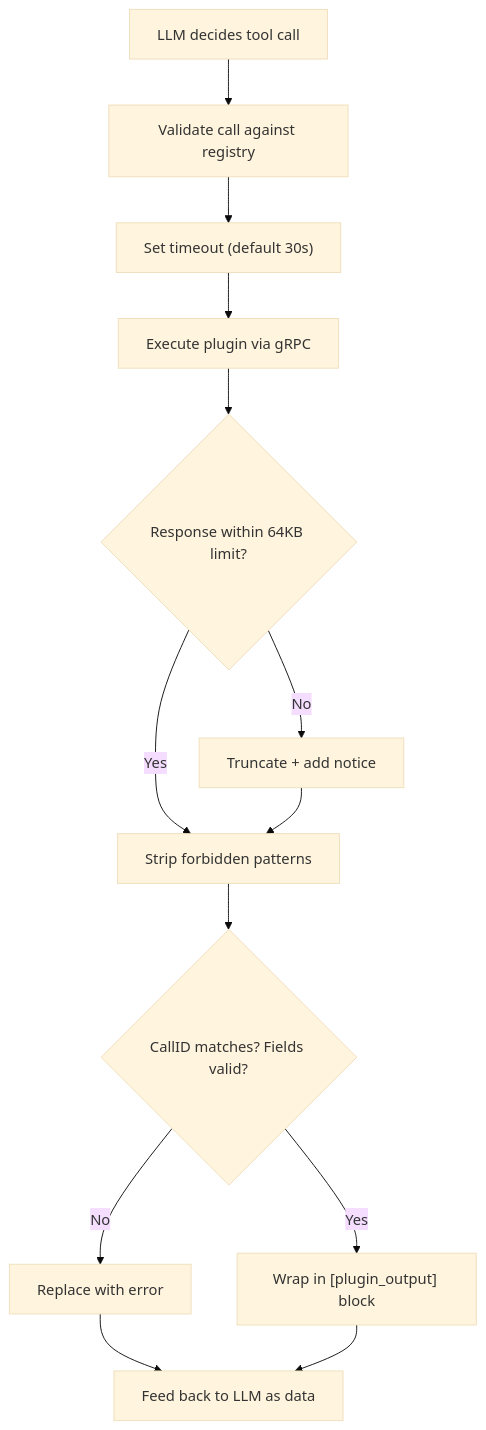
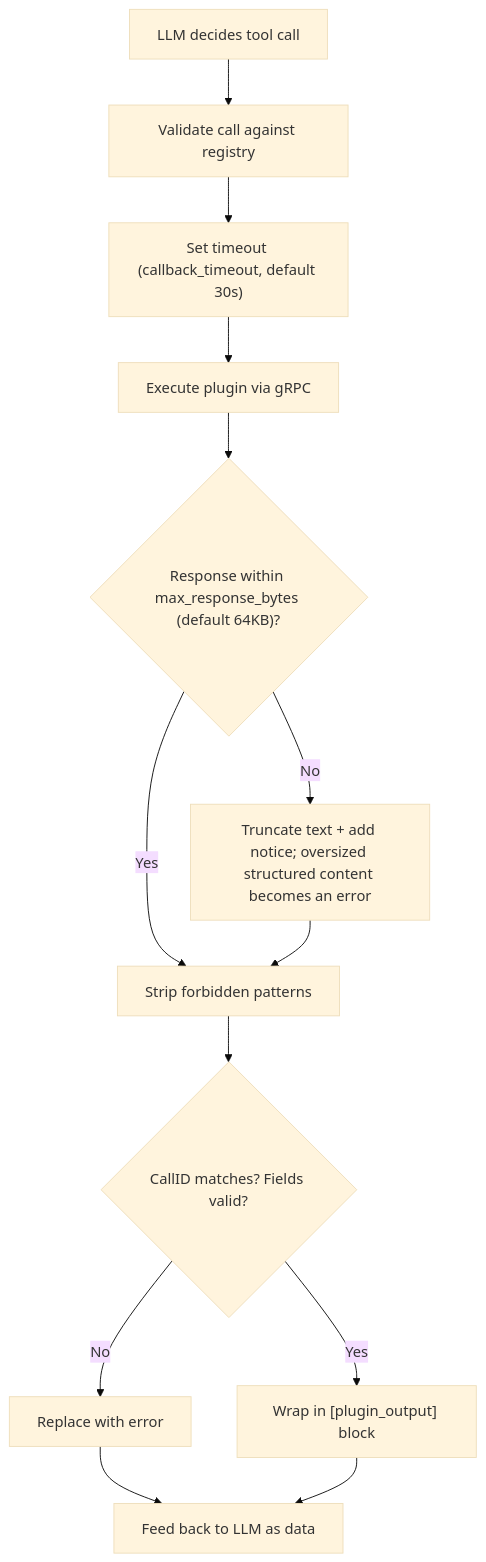
The diagram in docs/security-guardrails.md (opentalon/opentalon), drawn with Mermaid (base theme) before and after one commit. The commit also changed 13 other files, not shown here.

Commit message:
Add callback deadlines, callback send mutex, subprocess metering and structured size errors

````diff
--- a/docs/security-guardrails.md
+++ b/docs/security-guardrails.md
@@ -9,15 +9,15 @@
 ```mermaid
 flowchart TD
     LLM[LLM decides tool call] --> Validate[Validate call against registry]
-    Validate --> Timeout["Set timeout (default 30s)"]
+    Validate --> Timeout["Set timeout (callback_timeout, default 30s)"]
     Timeout --> Execute[Execute plugin via gRPC]
-    Execute --> SizeCheck{Response within 64KB limit?}
-    SizeCheck -->|No| Truncate[Truncate + add notice]
+    Execute --> SizeCheck{"Response within max_response_bytes (default 64KB)?"}
+    SizeCheck -->|No| Truncate["Truncate text + add notice; oversized structured content becomes an error"]
     SizeCheck -->|Yes| Sanitize[Strip forbidden patterns]
     Truncate --> Sanitize
     Sanitize --> ValidateResult{CallID matches? Fields valid?}
     ValidateResult -->|No| ErrorResult[Replace with error]
     ValidateResult -->|Yes| WrapResult["Wrap in [plugin_output] block"]
     ErrorResult --> FeedBack[Feed back to LLM as data]
     WrapResult --> FeedBack
 ```
````
